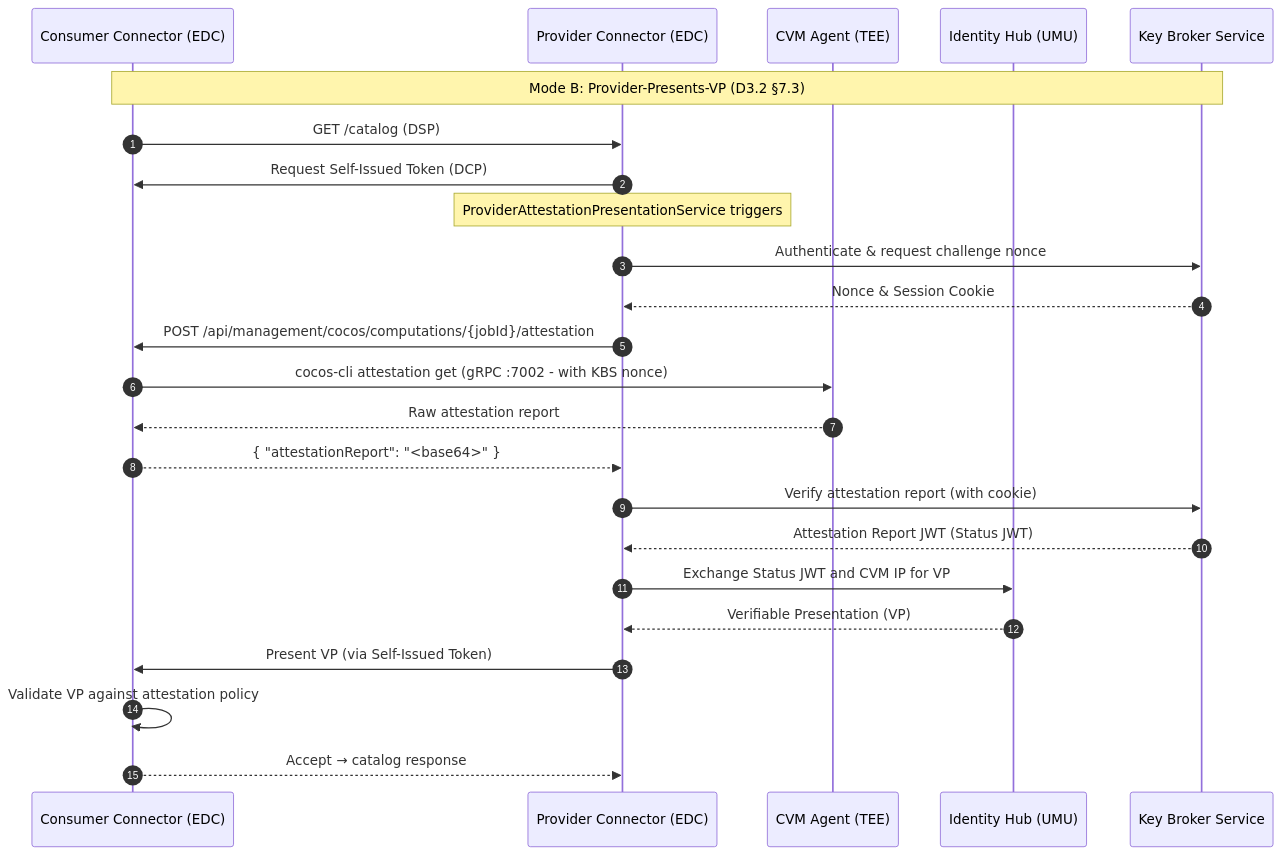
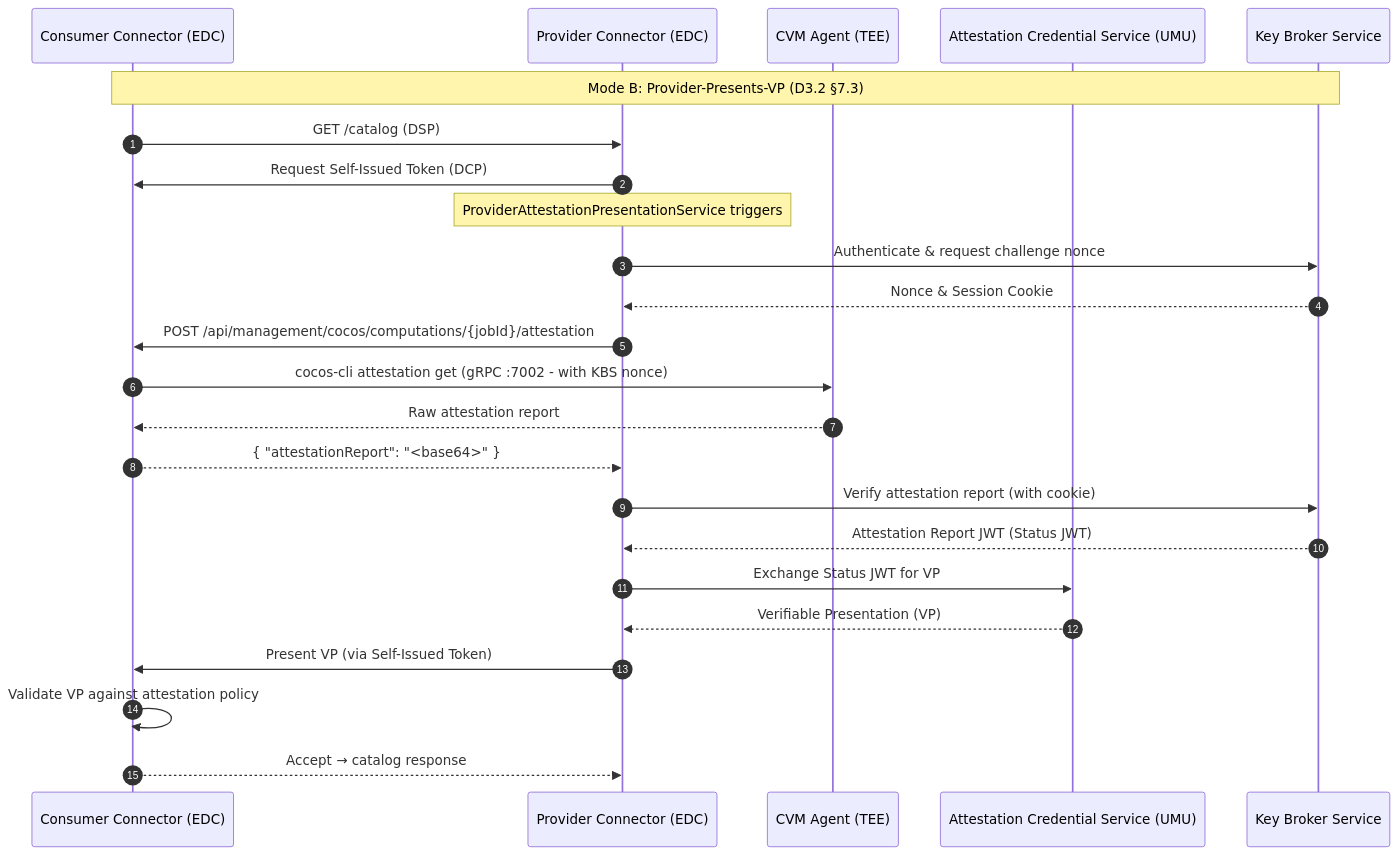
One commit to ultravioletrs/cocos-edc-connector changed the third of 3 diagrams in edc-extensions/ARCHITECTURE.md. Above: the diagram before and after it, drawn with Mermaid. The commit also changed other lines of this file and 11 other files, not shown here.

Commit message:
refactor: replace IdentityHubClient with AttestationCredentialServiceClient to support attestation-based credential requests

````diff
--- a/edc-extensions/ARCHITECTURE.md
+++ b/edc-extensions/ARCHITECTURE.md
@@ -324,34 +324,34 @@
 ```mermaid
 sequenceDiagram
     autonumber
     participant Consumer as Consumer Connector (EDC)
     participant Provider as Provider Connector (EDC)
     participant CVM as CVM Agent (TEE)
-    participant PIH as Identity Hub (UMU)
+    participant ACS as Attestation Credential Service (UMU)
     participant KBS as Key Broker Service
 
     Note over Consumer, KBS: Mode B: Provider-Presents-VP (D3.2 §7.3)
 
     Consumer->>Provider: GET /catalog (DSP)
     Provider->>Consumer: Request Self-Issued Token (DCP)
 
     Note over Provider: ProviderAttestationPresentationService triggers
 
     Provider->>KBS: Authenticate & request challenge nonce
     KBS-->>Provider: Nonce & Session Cookie
 
     Provider->>Consumer: POST /api/management/cocos/computations/{jobId}/attestation
     Consumer->>CVM: cocos-cli attestation get (gRPC :7002 - with KBS nonce)
     CVM-->>Consumer: Raw attestation report
     Consumer-->>Provider: { "attestationReport": "<base64>" }
 
     Provider->>KBS: Verify attestation report (with cookie)
     KBS-->>Provider: Attestation Report JWT (Status JWT)
 
-    Provider->>PIH: Exchange Status JWT and CVM IP for VP
-    PIH-->>Provider: Verifiable Presentation (VP)
+    Provider->>ACS: Exchange Status JWT for VP
+    ACS-->>Provider: Verifiable Presentation (VP)
 
     Provider->>Consumer: Present VP (via Self-Issued Token)
     Consumer->>Consumer: Validate VP against attestation policy
     Consumer-->>Provider: Accept → catalog response
 ```
````
